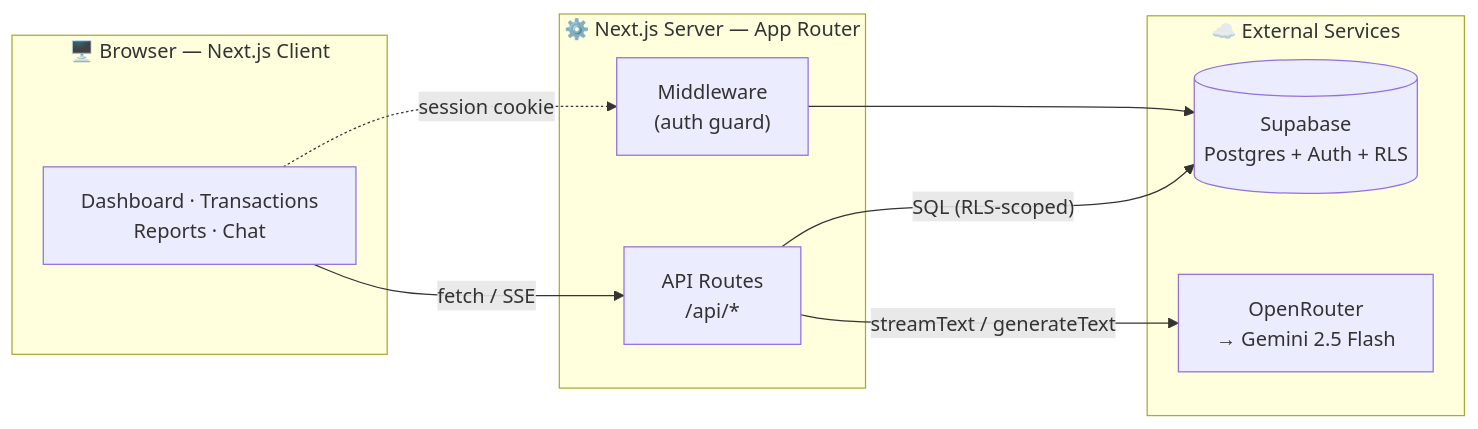
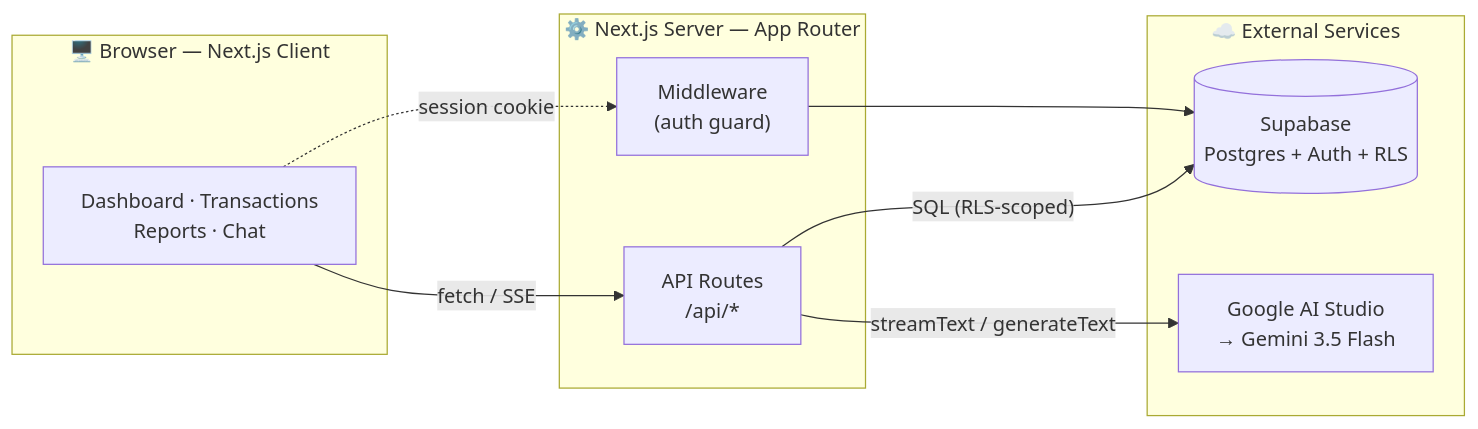
Before and after one commit to filan214/AIFinanceTracker: the first of 4 diagrams in README.md, drawn with Mermaid. The commit also changed other lines of this file and 4 other files, not shown here.

First line of the commit message:
feat: switch AI from OpenRouter free model to Gemini 3.5 Flash (Google AI Studio)

````diff
--- a/README.md
+++ b/README.md
@@ -51,20 +51,20 @@
 ```mermaid
 flowchart LR
     subgraph Client["🖥️ Browser — Next.js Client"]
         UI["Dashboard · Transactions<br/>Reports · Chat"]
     end
     subgraph Server["⚙️ Next.js Server — App Router"]
         MW["Middleware<br/>(auth guard)"]
         API["API Routes<br/>/api/*"]
     end
     subgraph Ext["☁️ External Services"]
         SB[("Supabase<br/>Postgres + Auth + RLS")]
-        OR["OpenRouter<br/>→ Gemini 2.5 Flash"]
+        OR["Google AI Studio<br/>→ Gemini 3.5 Flash"]
     end
 
     UI -->|fetch / SSE| API
     UI -.->|session cookie| MW
     MW --> SB
     API -->|"SQL (RLS-scoped)"| SB
     API -->|"streamText / generateText"| OR
 ```
````
